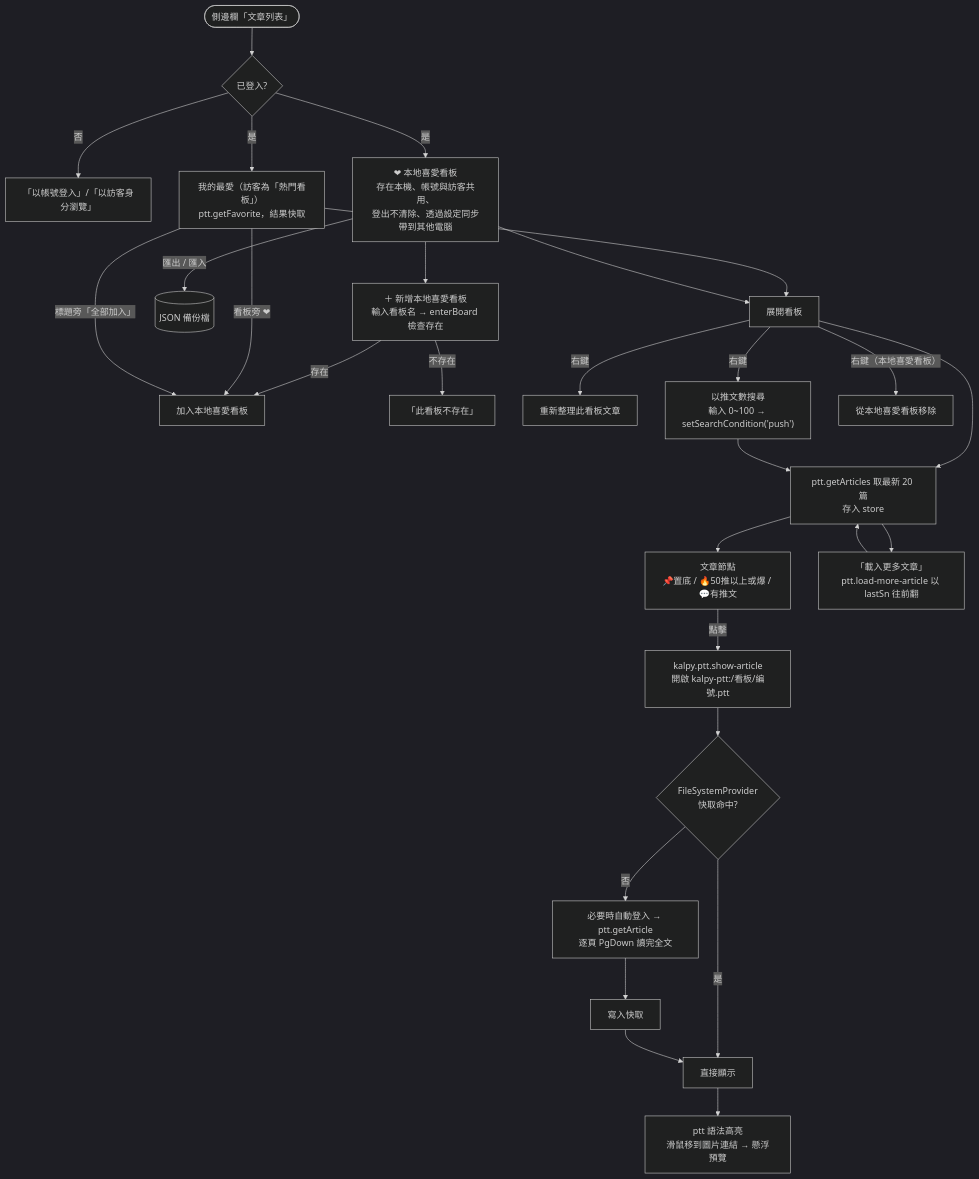
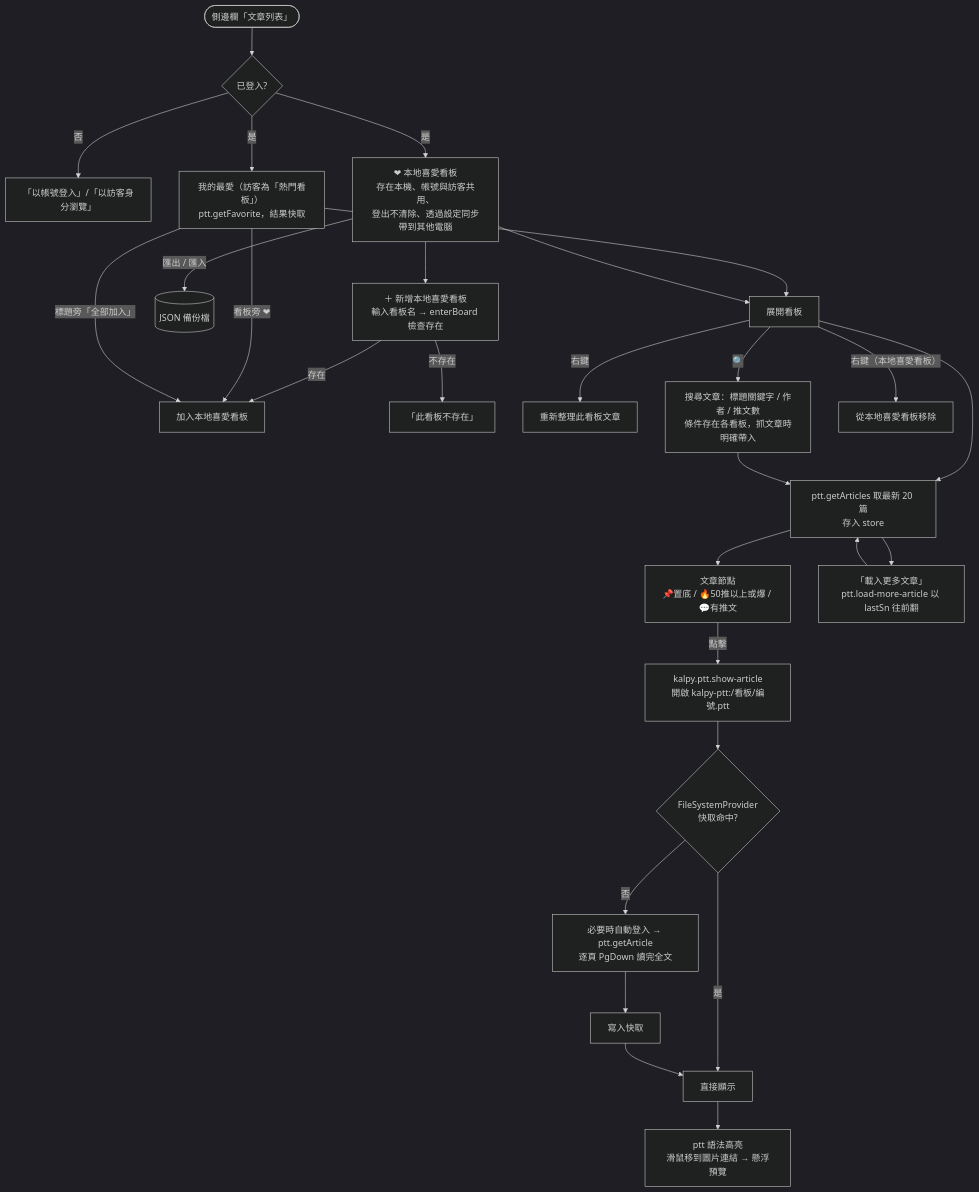
One commit to kalpy-HI/vscode-ptt changed the third of 4 diagrams in docs/ARCHITECTURE.md. Above: the diagram before and after it, drawn with Mermaid (dark theme). The commit also changed other lines of this file and 15 other files, not shown here.

First line of the commit message:
Add article search by keyword, author and push count

````diff
--- a/docs/ARCHITECTURE.md
+++ b/docs/ARCHITECTURE.md
@@ -75,30 +75,30 @@
 ```mermaid
 flowchart TD
   A([側邊欄「文章列表」]) --> B{已登入?}
   B -- 否 --> L[「以帳號登入」/「以訪客身分瀏覽」]
   B -- 是 --> D[❤ 本地喜愛看板<br/>存在本機、帳號與訪客共用、<br/>登出不清除、透過設定同步帶到其他電腦]
   B -- 是 --> C[我的最愛（訪客為「熱門看板」）<br/>ptt.getFavorite，結果快取]
 
   D --> D1["＋ 新增本地喜愛看板<br/>輸入看板名 → enterBoard 檢查存在"]
   D1 -- 存在 --> D2[加入本地喜愛看板]
   D1 -- 不存在 --> D3[「此看板不存在」]
   C -- 看板旁 ❤ --> D2
   C -- 標題旁「全部加入」--> D2
   D -- 匯出 / 匯入 --> D4[(JSON 備份檔)]
 
   C & D --> E[展開看板]
   E --> F[ptt.getArticles 取最新 20 篇<br/>存入 store]
   F --> G[文章節點<br/>📌置底 / 🔥50推以上或爆 / 💬有推文]
   F --> H[「載入更多文章」<br/>ptt.load-more-article 以 lastSn 往前翻]
   H --> F
 
   G -- 點擊 --> I["kalpy.ptt.show-article<br/>開啟 kalpy-ptt:/看板/編號.ptt"]
   I --> J{FileSystemProvider<br/>快取命中?}
   J -- 是 --> K[直接顯示]
   J -- 否 --> J1[必要時自動登入 → ptt.getArticle<br/>逐頁 PgDown 讀完全文] --> J2[寫入快取] --> K
   K --> K1[ptt 語法高亮<br/>滑鼠移到圖片連結 → 懸浮預覽]
 
   E -- 右鍵 --> R1[重新整理此看板文章]
-  E -- 右鍵 --> R2["以推文數搜尋<br/>輸入 0~100 → setSearchCondition('push')"] --> F
+  E -- 🔍 --> R2["搜尋文章：標題關鍵字 / 作者 / 推文數<br/>條件存在各看板，抓文章時明確帶入"] --> F
   E -- 右鍵（本地喜愛看板）--> R3[從本地喜愛看板移除]
 ```
````
